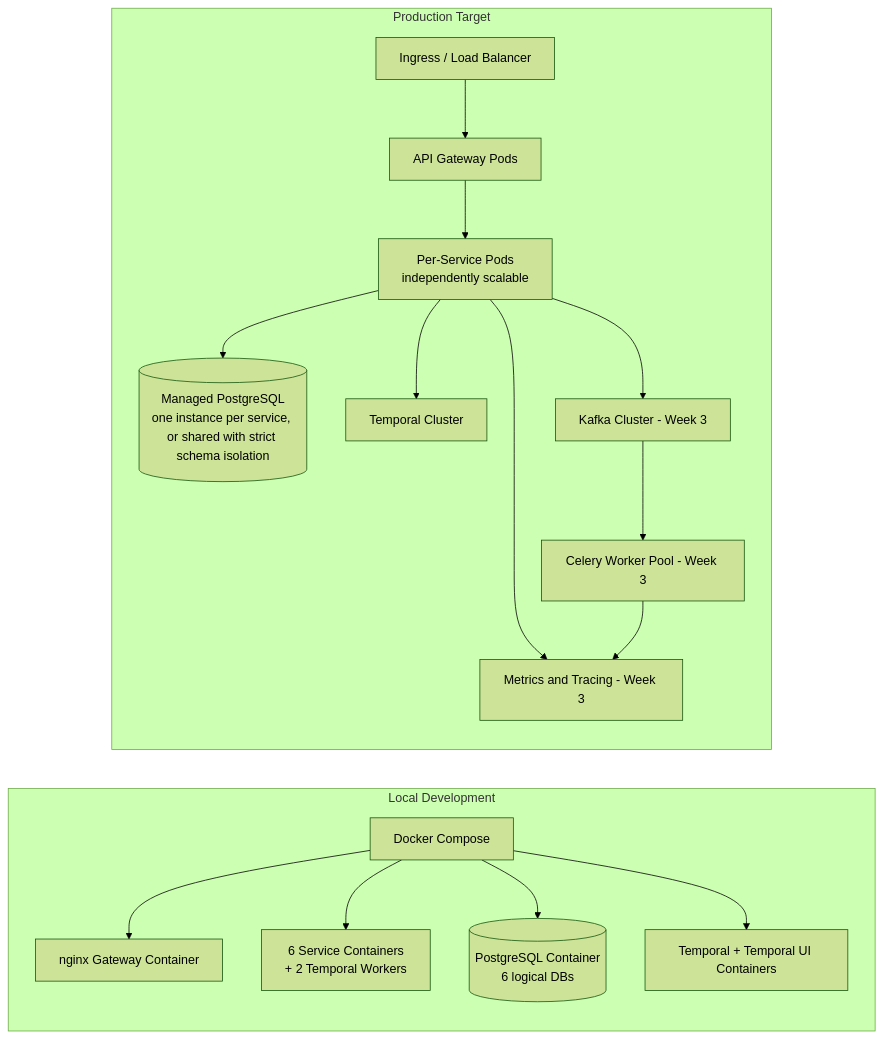
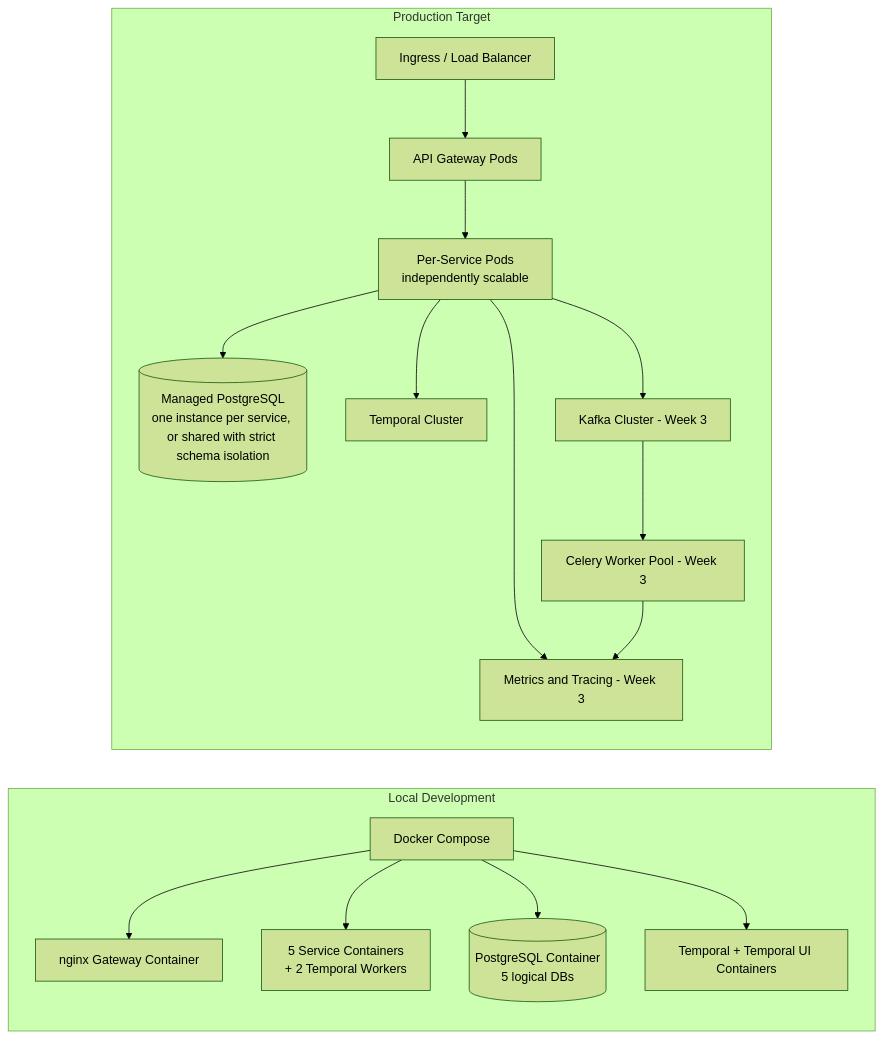
One commit to afnan-emumba/smart-hire changed the seventh of 7 diagrams in docs/ARCHITECTURE.md. Above: the diagram before and after it, drawn with Mermaid (forest theme). The commit also changed other lines of this file and 84 other files, not shown here.

````diff
--- a/docs/ARCHITECTURE.md
+++ b/docs/ARCHITECTURE.md
@@ -266,34 +263,34 @@
 ```mermaid
 flowchart LR
     subgraph Local Development
         compose[Docker Compose]
         nginxLocal[nginx Gateway Container]
-        serviceContainers[6 Service Containers<br/>+ 2 Temporal Workers]
-        localDb[(PostgreSQL Container<br/>6 logical DBs)]
+        serviceContainers[5 Service Containers<br/>+ 2 Temporal Workers]
+        localDb[(PostgreSQL Container<br/>5 logical DBs)]
         localTemporal[Temporal + Temporal UI Containers]
     end
 
     subgraph Production Target
         ingress[Ingress / Load Balancer]
         gatewayPods[API Gateway Pods]
         servicePods[Per-Service Pods<br/>independently scalable]
         managedDb[(Managed PostgreSQL<br/>one instance per service, or shared with strict schema isolation)]
         temporalCluster[Temporal Cluster]
         kafkaCluster[Kafka Cluster - Week 3]
         workerPool[Celery Worker Pool - Week 3]
         observability[Metrics and Tracing - Week 3]
     end
 
     compose --> nginxLocal
     compose --> serviceContainers
     compose --> localDb
     compose --> localTemporal
     ingress --> gatewayPods
     gatewayPods --> servicePods
     servicePods --> managedDb
     servicePods --> temporalCluster
     servicePods --> kafkaCluster
     kafkaCluster --> workerPool
     servicePods --> observability
     workerPool --> observability
 ```
````
